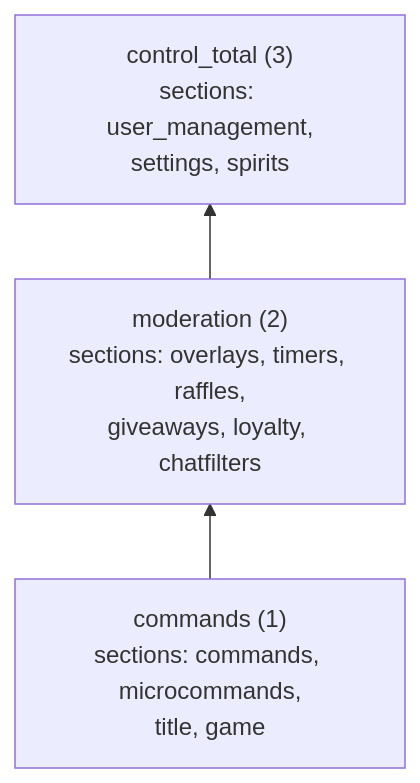
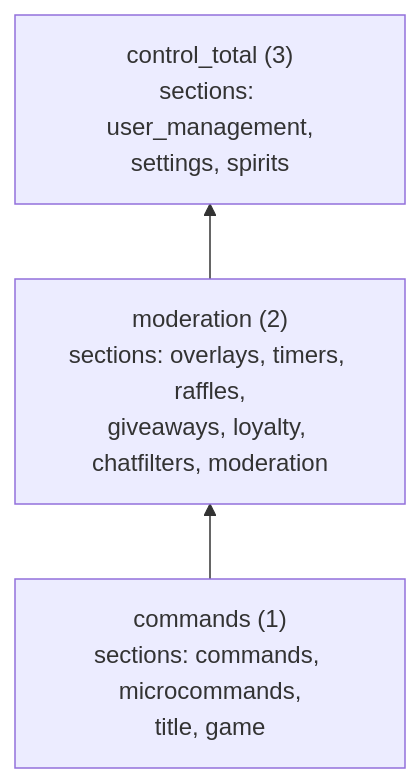
Before and after one commit to decatrondev/decatron: the ninth of 12 diagrams in docs/ARCHITECTURE.md, drawn with Mermaid. The commit also changed other lines of this file and 16 other files, not shown here.

````diff
--- a/docs/ARCHITECTURE.md
+++ b/docs/ARCHITECTURE.md
@@ -468,8 +468,8 @@
 ```mermaid
 graph BT
     CMD["commands (1)<br/>sections: commands, microcommands,<br/>title, game"]
-    MOD["moderation (2)<br/>sections: overlays, timers, raffles,<br/>giveaways, loyalty, chatfilters"]
+    MOD["moderation (2)<br/>sections: overlays, timers, raffles,<br/>giveaways, loyalty, chatfilters, moderation"]
     CTL["control_total (3)<br/>sections: user_management,<br/>settings, spirits"]
 
     CMD --> MOD --> CTL
 ```
````
